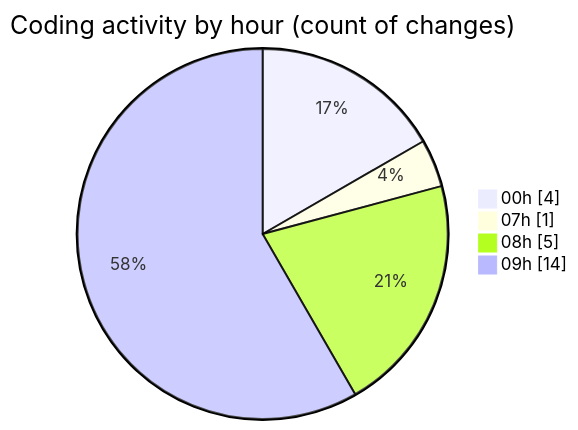
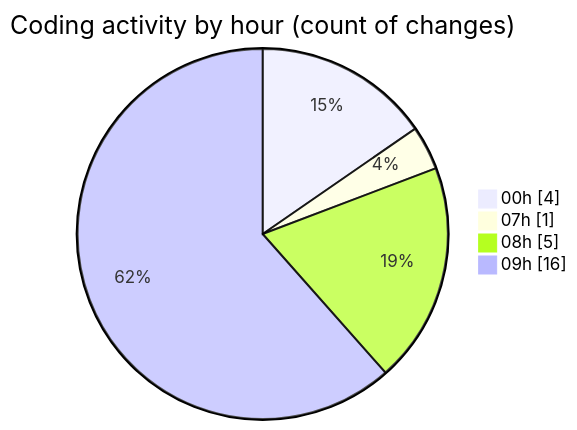
One commit to Elitesun/code-tracking changed the second of 2 diagrams in 2025-05-08/niten/README.md. Above: the diagram before and after it, drawn with Mermaid. The commit also changed other lines of this file and 1 other file, not shown here.

````diff
--- a/2025-05-08/niten/README.md
+++ b/2025-05-08/niten/README.md
@@ -35,8 +35,8 @@
 ```mermaid
 pie showData
 title Coding activity by hour (count of changes)
 "00h" : 4
 "07h" : 1
 "08h" : 5
-"09h" : 14
+"09h" : 16
 ```
````
